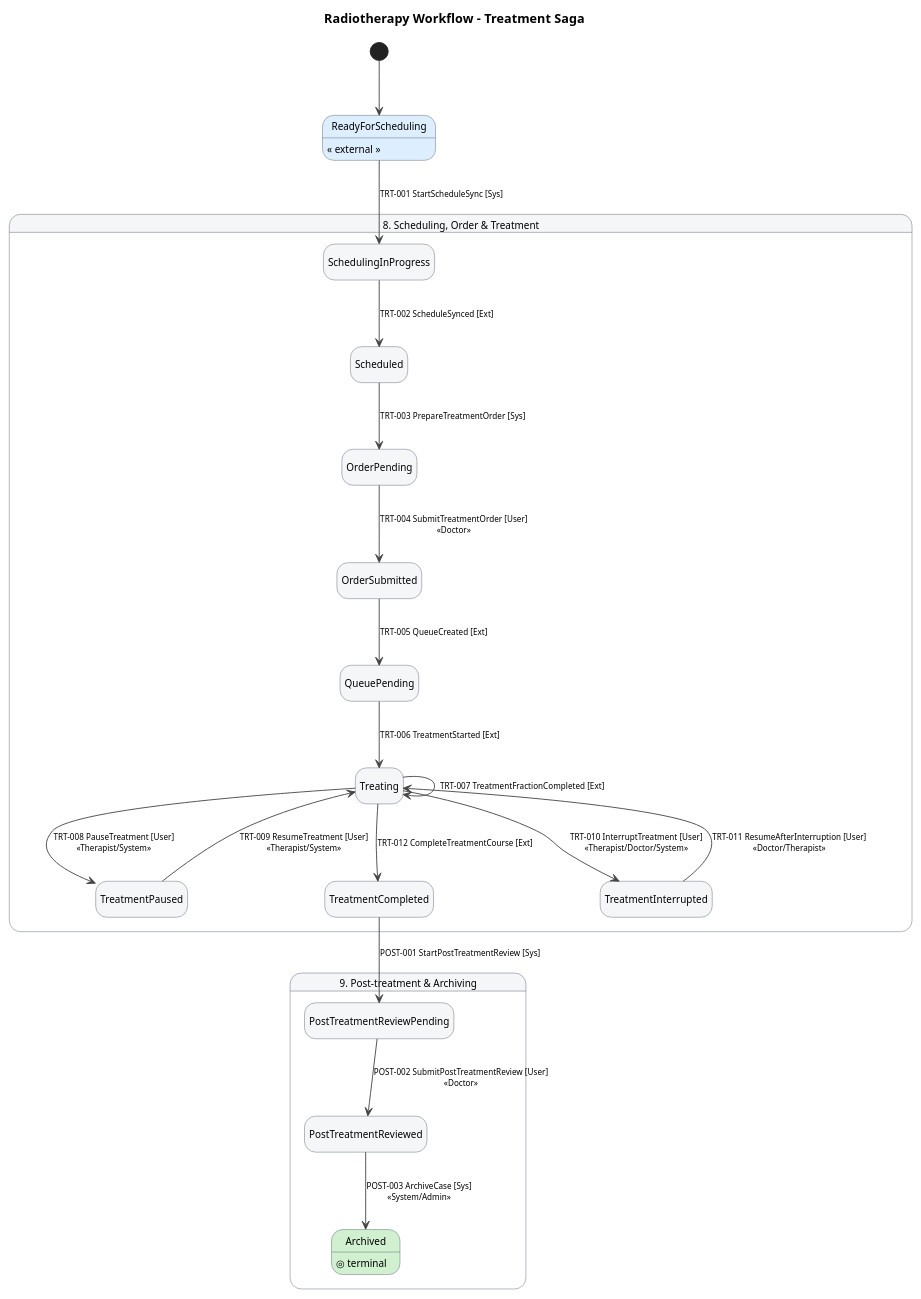
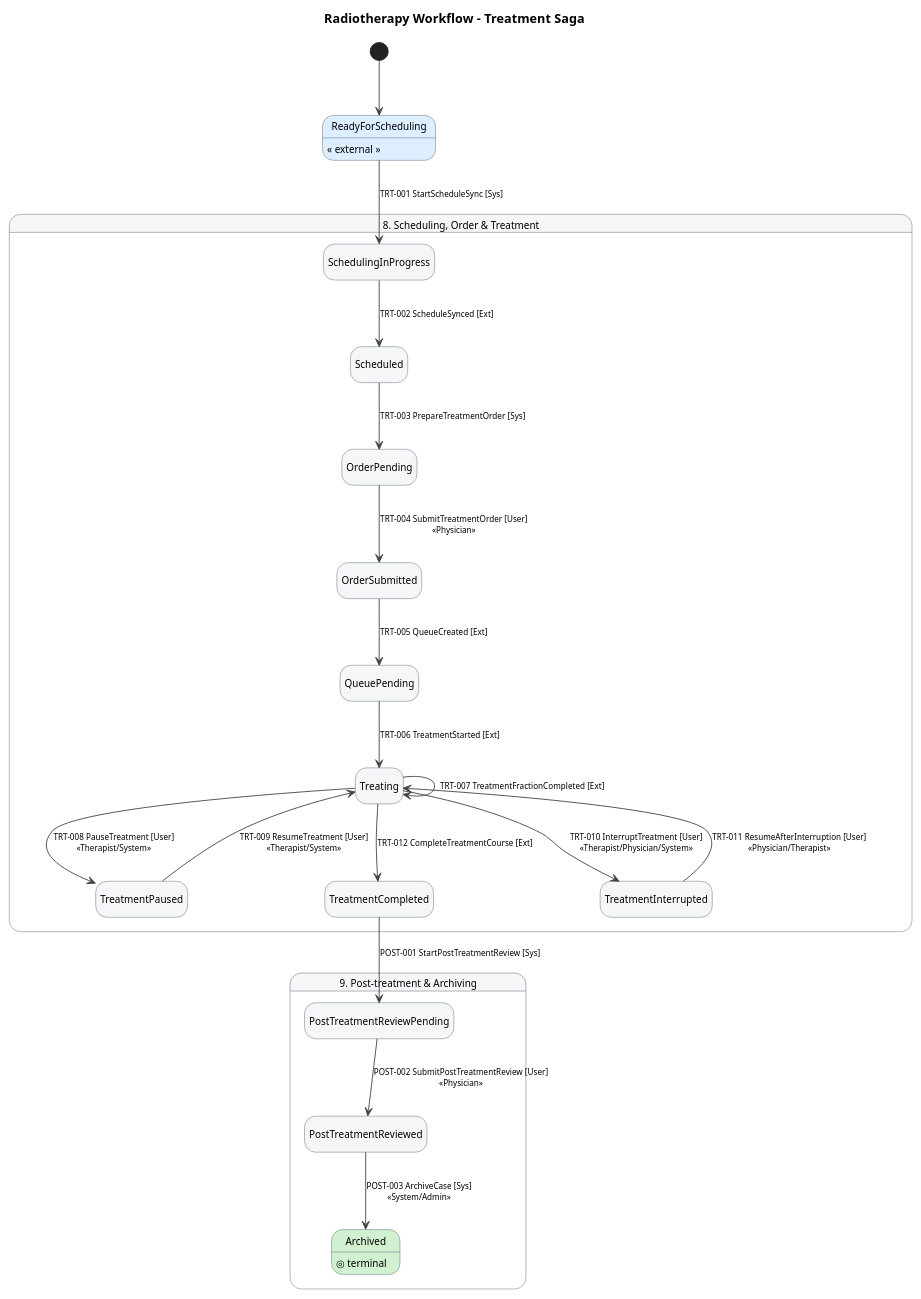
Before and after one commit to daniel-robot/wfmgr: the diagram in docs/workflow/generated/treatment-saga.puml, drawn with PlantUML. The commit also changed 18 other files, not shown here.

```diff
--- a/docs/workflow/generated/treatment-saga.puml
+++ b/docs/workflow/generated/treatment-saga.puml
@@ -1,59 +1,59 @@
 @startuml
 title Radiotherapy Workflow – Treatment Saga
 
 hide empty description
 
 skinparam DefaultFontName Arial
 skinparam Shadowing false
 skinparam ArrowColor #444444
 skinparam state {
   BackgroundColor #F4F6F8
   BorderColor #5A6473
   FontSize 11
   ArrowFontSize 9
   ArrowColor #444444
 }
 
 [*] --> ReadyForScheduling
 
 state "8. Scheduling, Order & Treatment" as TRT {
   state SchedulingInProgress
   state Scheduled
   state OrderPending
   state OrderSubmitted
   state QueuePending
   state Treating
   state TreatmentPaused
   state TreatmentInterrupted
   state TreatmentCompleted
 }
 
 state "9. Post-treatment & Archiving" as POST {
   state PostTreatmentReviewPending
   state PostTreatmentReviewed
   state Archived
 }
 
 state ReadyForScheduling #DDEEFF : « external »
 
 state Archived #D0F0D0 : ◎ terminal
 
 ' ─── Transitions ─────────────────────────
 ReadyForScheduling --> SchedulingInProgress : TRT-001 StartScheduleSync [Sys]
 SchedulingInProgress --> Scheduled : TRT-002 ScheduleSynced [Ext]
 Scheduled --> OrderPending : TRT-003 PrepareTreatmentOrder [Sys]
-OrderPending --> OrderSubmitted : TRT-004 SubmitTreatmentOrder [User]\n«Doctor»
+OrderPending --> OrderSubmitted : TRT-004 SubmitTreatmentOrder [User]\n«Physician»
 OrderSubmitted --> QueuePending : TRT-005 QueueCreated [Ext]
 QueuePending --> Treating : TRT-006 TreatmentStarted [Ext]
 Treating --> Treating : TRT-007 TreatmentFractionCompleted [Ext]
 Treating --> TreatmentPaused : TRT-008 PauseTreatment [User]\n«Therapist/System»
 TreatmentPaused --> Treating : TRT-009 ResumeTreatment [User]\n«Therapist/System»
-Treating --> TreatmentInterrupted : TRT-010 InterruptTreatment [User]\n«Therapist/Doctor/System»
-TreatmentInterrupted --> Treating : TRT-011 ResumeAfterInterruption [User]\n«Doctor/Therapist»
+Treating --> TreatmentInterrupted : TRT-010 InterruptTreatment [User]\n«Therapist/Physician/System»
+TreatmentInterrupted --> Treating : TRT-011 ResumeAfterInterruption [User]\n«Physician/Therapist»
 Treating --> TreatmentCompleted : TRT-012 CompleteTreatmentCourse [Ext]
 TreatmentCompleted --> PostTreatmentReviewPending : POST-001 StartPostTreatmentReview [Sys]
-PostTreatmentReviewPending --> PostTreatmentReviewed : POST-002 SubmitPostTreatmentReview [User]\n«Doctor»
+PostTreatmentReviewPending --> PostTreatmentReviewed : POST-002 SubmitPostTreatmentReview [User]\n«Physician»
 PostTreatmentReviewed --> Archived : POST-003 ArchiveCase [Sys]\n«System/Admin»
 
 
 @enduml
```
